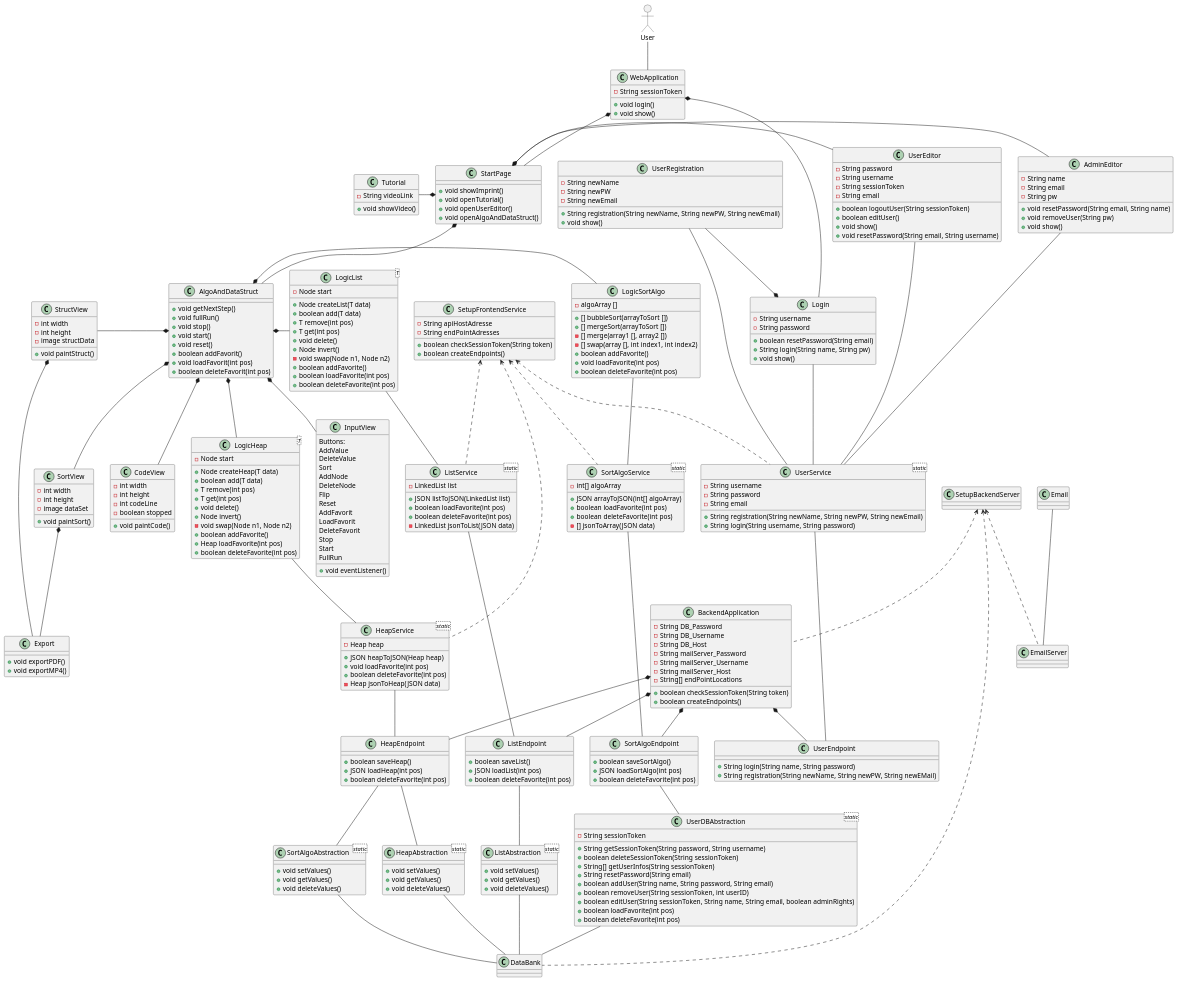
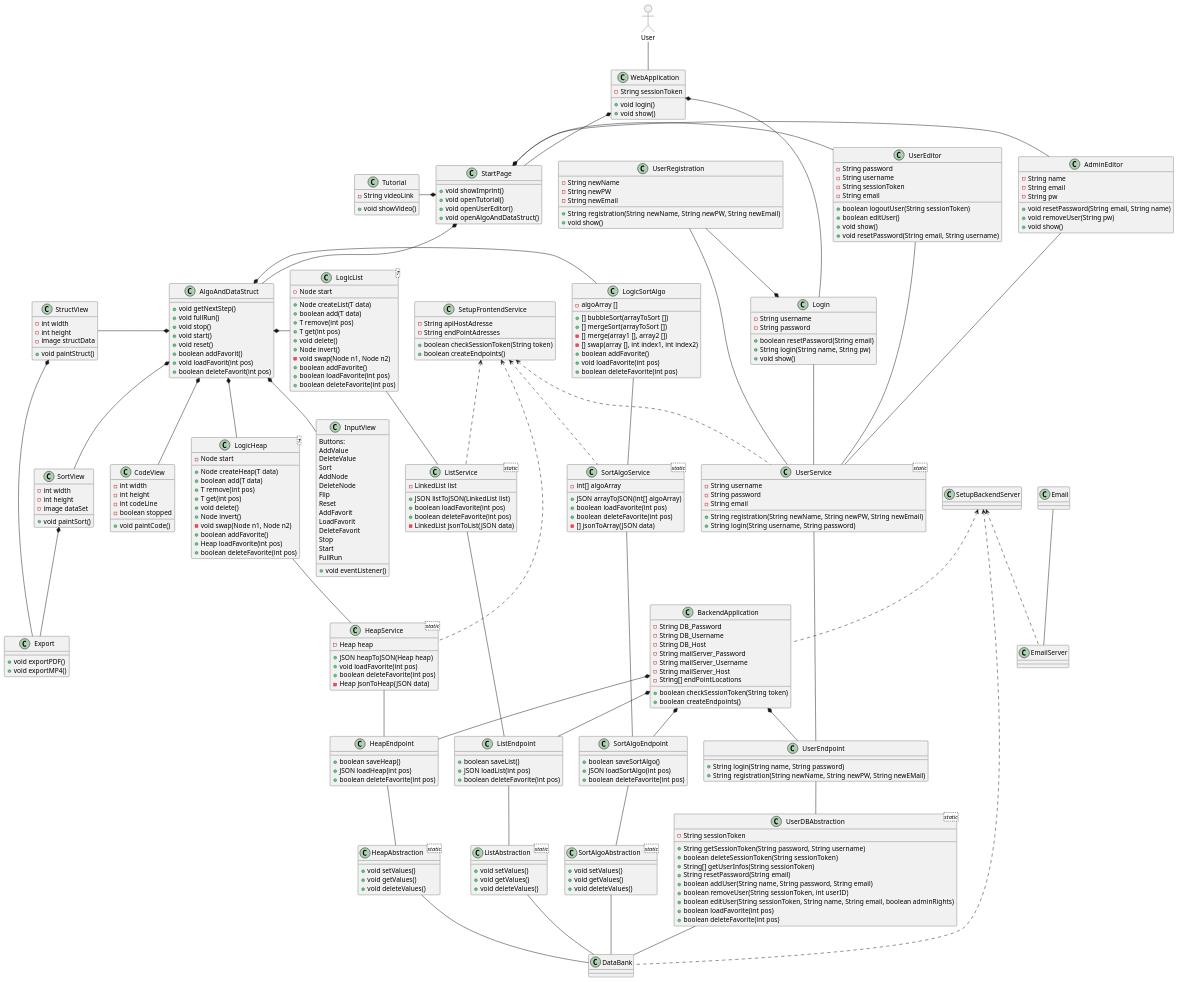
The diagram in Meilensteine/Meilenstein_03/Visual.puml (schmidti2002/Softwarepraktikum), drawn with PlantUML before and after one commit.

```diff
--- a/Meilensteine/Meilenstein_03/Visual.puml
+++ b/Meilensteine/Meilenstein_03/Visual.puml
@@ -342,10 +342,10 @@
 BackendApplication *-- ListEndpoint
 BackendApplication *-- UserEndpoint
 
-HeapEndpoint -- SortAlgoAbstraction
+SortAlgoEndpoint -- SortAlgoAbstraction
 HeapEndpoint -- HeapAbstraction
 ListEndpoint -- ListAbstraction
-SortAlgoEndpoint -- UserDBAbstraction
+UserEndpoint -- UserDBAbstraction
 
 SortAlgoAbstraction -- DataBank
 HeapAbstraction -- DataBank
```
